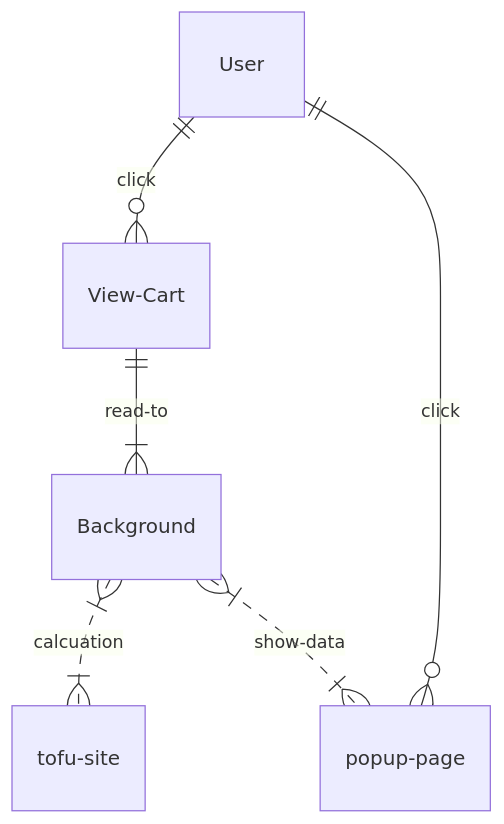
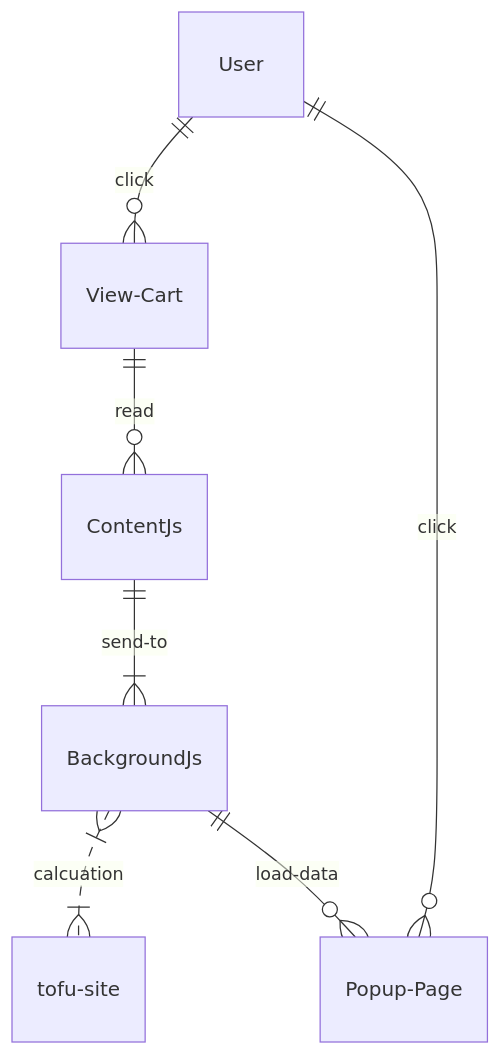
One commit to tonychen2/sexytofu changed the diagram in web-plugin/readme.MD. Above: the diagram before and after it, drawn with Mermaid. The commit also changed other lines of this file, not shown here.

````diff
--- a/web-plugin/readme.MD
+++ b/web-plugin/readme.MD
@@ -79,8 +88,9 @@
 ```mermaid
 erDiagram
     User ||--o{ View-Cart : click
-    View-Cart ||--|{ Background : read-to
-    Background }|..|{ tofu-site : calcuation
-    Background  }|..|{ popup-page : show-data
-    User  ||--o{ popup-page : click
+    View-Cart  ||--o{ ContentJs : read
+    ContentJs ||--|{ BackgroundJs : send-to
+    BackgroundJs }|..|{ tofu-site : calcuation
+    BackgroundJs ||--o{Popup-Page : load-data
+    User  ||--o{ Popup-Page : click
 ```
````
